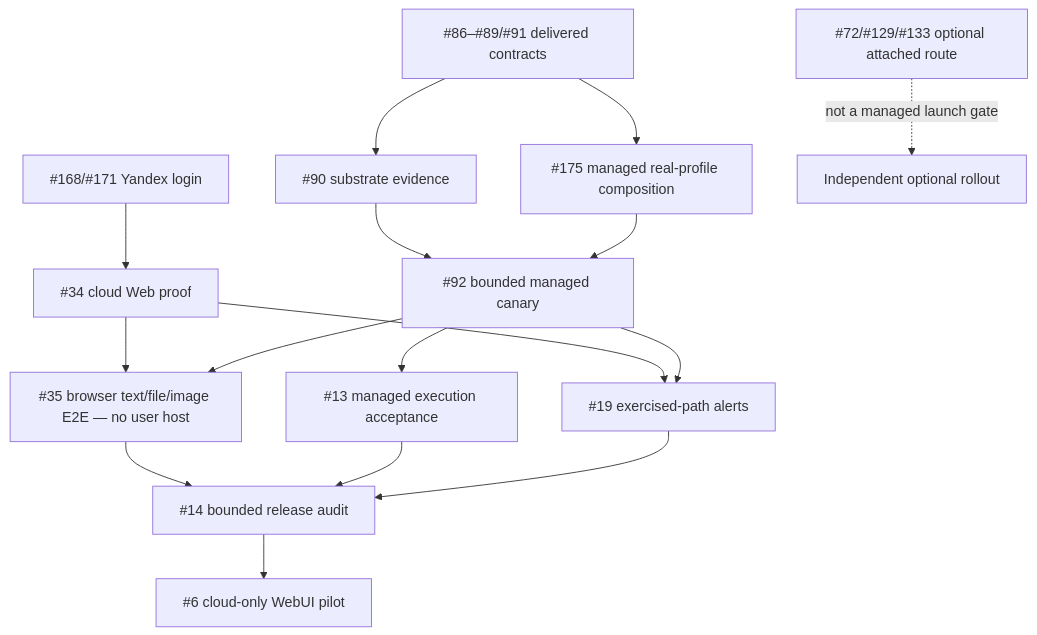
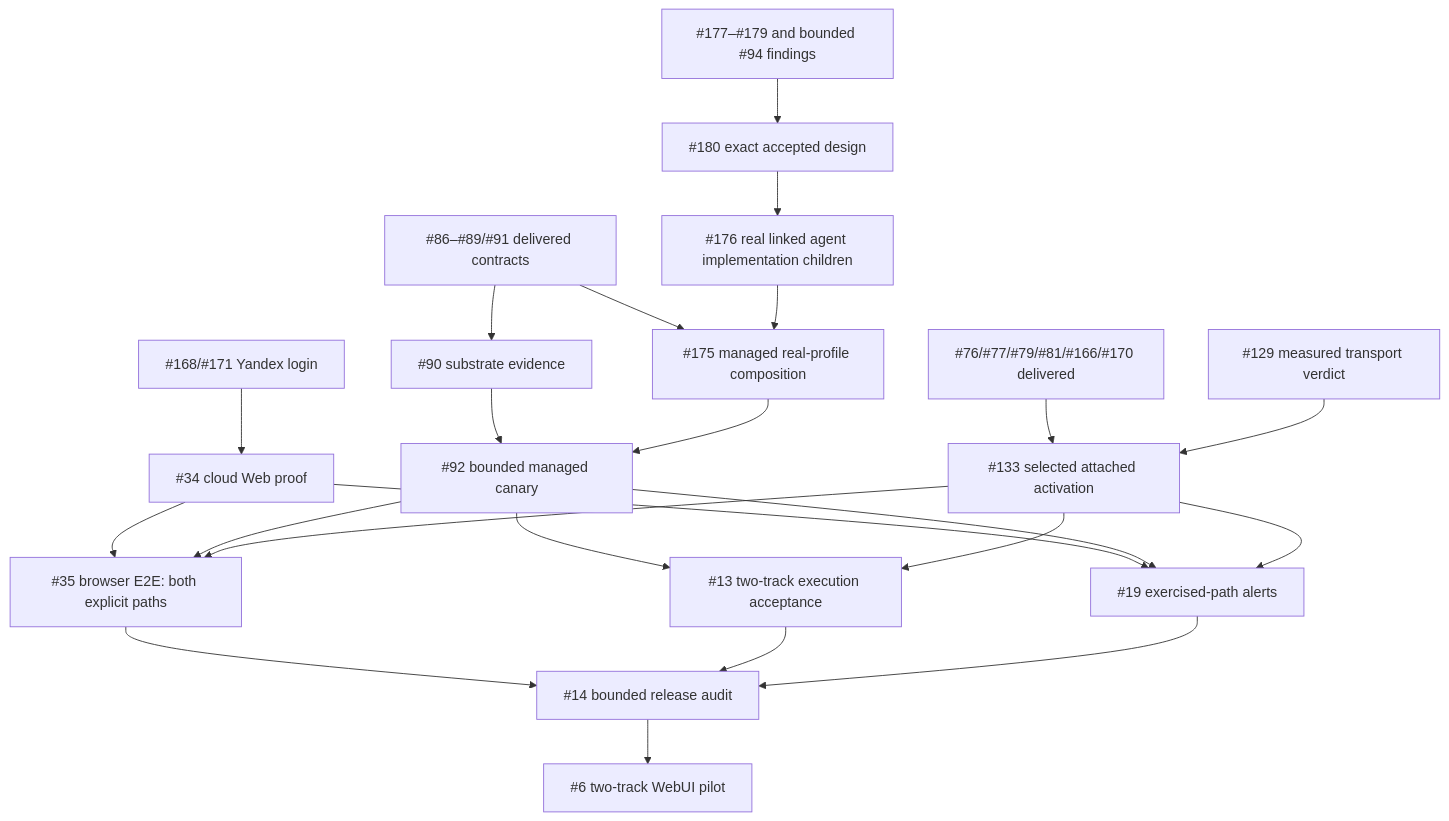
The first of 2 diagrams in docs/mvp-delivery-plan.md (urandon/sessionless), drawn with Mermaid before and after one commit. The commit also changed other lines of this file and 6 other files, not shown here.

Commit message:
docs(mvp): preserve both tracks and required agent minimum

````diff
--- a/docs/mvp-delivery-plan.md
+++ b/docs/mvp-delivery-plan.md
@@ -118,18 +154,25 @@
 ```mermaid
 flowchart TD
     AUTH["#168/#171 Yandex login"] --> WEB["#34 cloud Web proof"]
     CONTRACTS["#86–#89/#91 delivered contracts"] --> PLATFORM["#90 substrate evidence"]
     CONTRACTS --> PROFILE["#175 managed real-profile composition"]
+    RESEARCH["#177–#179 and bounded #94 findings"] --> DESIGN["#180 exact accepted design"]
+    DESIGN --> AGENT["#176 real linked agent implementation children"]
+    AGENT --> PROFILE
     PLATFORM --> CANARY["#92 bounded managed canary"]
     PROFILE --> CANARY
-    WEB --> E2E["#35 browser text/file/image E2E — no user host"]
+    WEB --> E2E["#35 browser E2E: both explicit paths"]
     CANARY --> E2E
-    CANARY --> ACCEPT["#13 managed execution acceptance"]
+    ATTACHED["#76/#77/#79/#81/#166/#170 delivered"] --> REAL["#133 selected attached activation"]
+    COST["#129 measured transport verdict"] --> REAL
+    REAL --> E2E
+    CANARY --> ACCEPT["#13 two-track execution acceptance"]
+    REAL --> ACCEPT
     WEB --> ALERT["#19 exercised-path alerts"]
     CANARY --> ALERT
+    REAL --> ALERT
     E2E --> RELEASE["#14 bounded release audit"]
     ACCEPT --> RELEASE
     ALERT --> RELEASE
-    RELEASE --> MVP["#6 cloud-only WebUI pilot"]
-    ATTACHED["#72/#129/#133 optional attached route"] -. "not a managed launch gate" .-> LATER["Independent optional rollout"]
+    RELEASE --> MVP["#6 two-track WebUI pilot"]
 ```
````
